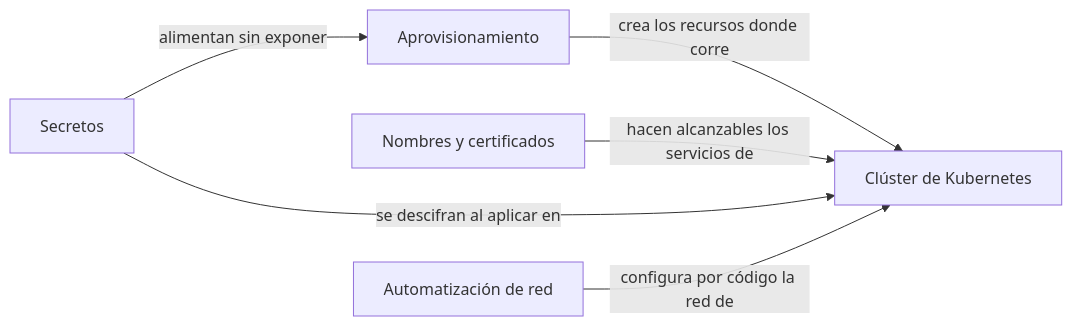
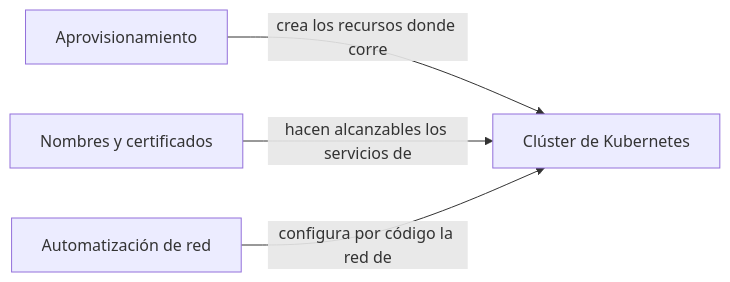
The diagram in Infraestructura/infraestructura.md (mtsdlf/conocimiento), drawn with Mermaid before and after one commit. The commit also changed other lines of this file and 47 other files, not shown here.

````diff
--- a/Infraestructura/infraestructura.md
+++ b/Infraestructura/infraestructura.md
@@ -30,8 +32,6 @@
 ```mermaid
 flowchart LR
   AP[Aprovisionamiento] -->|crea los recursos donde corre| CK[Clúster de Kubernetes]
   NC[Nombres y certificados] -->|hacen alcanzables los servicios de| CK
-  SE[Secretos] -->|alimentan sin exponer| AP
-  SE -->|se descifran al aplicar en| CK
   AR[Automatización de red] -->|configura por código la red de| CK
 ```
````
